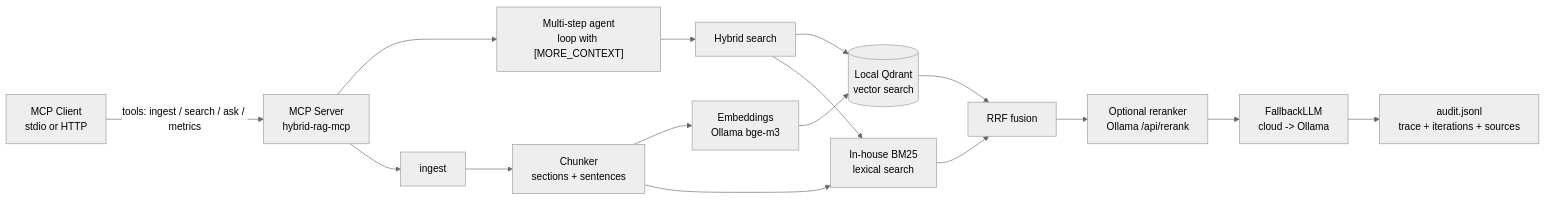
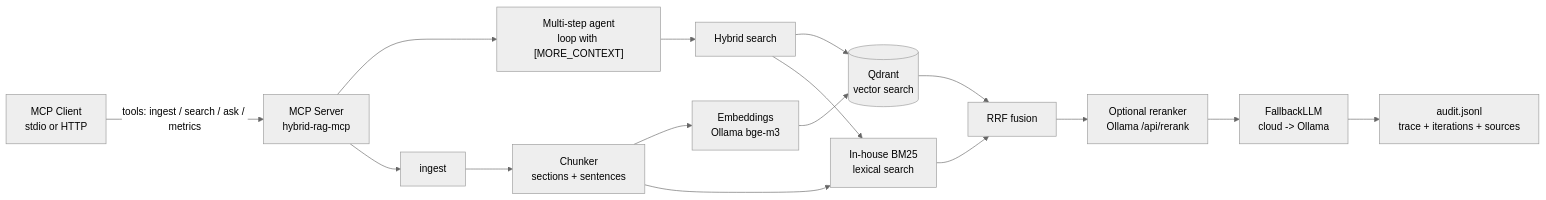
The diagram in README.md (brenol404/hybrid-rag-mcp), drawn with Mermaid (neutral theme) before and after one commit. The commit also changed 1 other file, not shown here.

Commit message:
Diagrama: Qdrant sem qualificacao de modo (cobre embarcado + servidor)

````diff
--- a/README.md
+++ b/README.md
@@ -47,16 +47,16 @@
 ```mermaid
 flowchart LR
     C["MCP Client<br/>stdio or HTTP"] -->|tools: ingest / search / ask / metrics| M["MCP Server<br/>hybrid-rag-mcp"]
     M --> AGE["Multi-step agent<br/>loop with [MORE_CONTEXT]"]
     M --> I["ingest"]
     I --> C1["Chunker<br/>sections + sentences"]
     C1 --> E["Embeddings<br/>Ollama bge-m3"]
-    E --> Q1[("Local Qdrant<br/>vector search")]
+    E --> Q1[("Qdrant<br/>vector search")]
     C1 --> K["In-house BM25<br/>lexical search"]
     AGE --> RET["Hybrid search"]
     RET --> Q1 & K
     Q1 & K --> RRF["RRF fusion"]
     RRF --> RR["Optional reranker<br/>Ollama /api/rerank"]
     RR --> LLM["FallbackLLM<br/>cloud -> Ollama"]
     LLM --> AUD["audit.jsonl<br/>trace + iterations + sources"]
 ```
````
